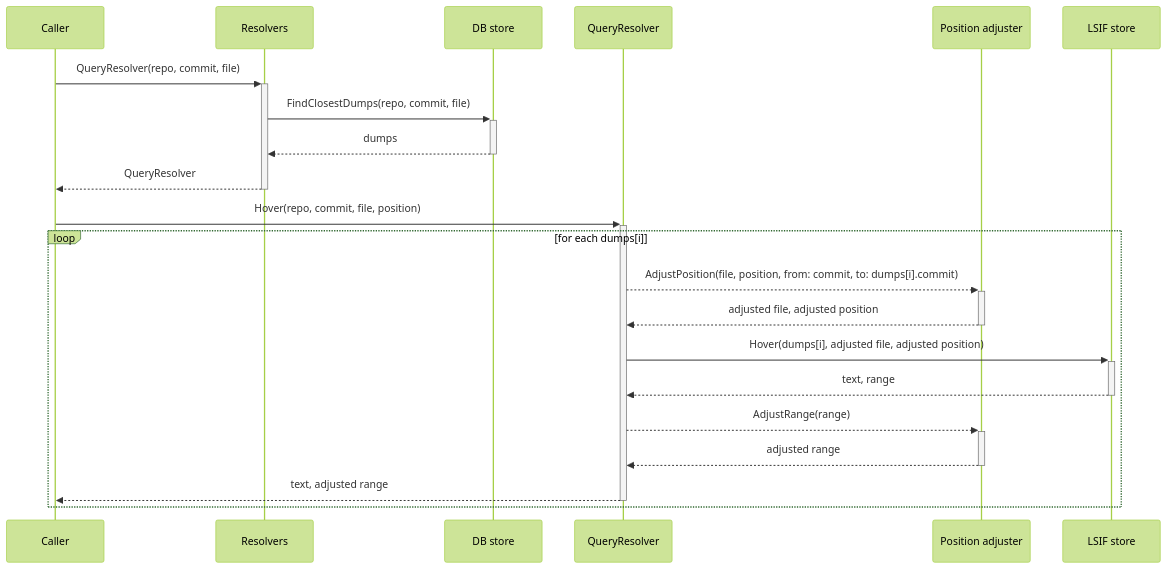
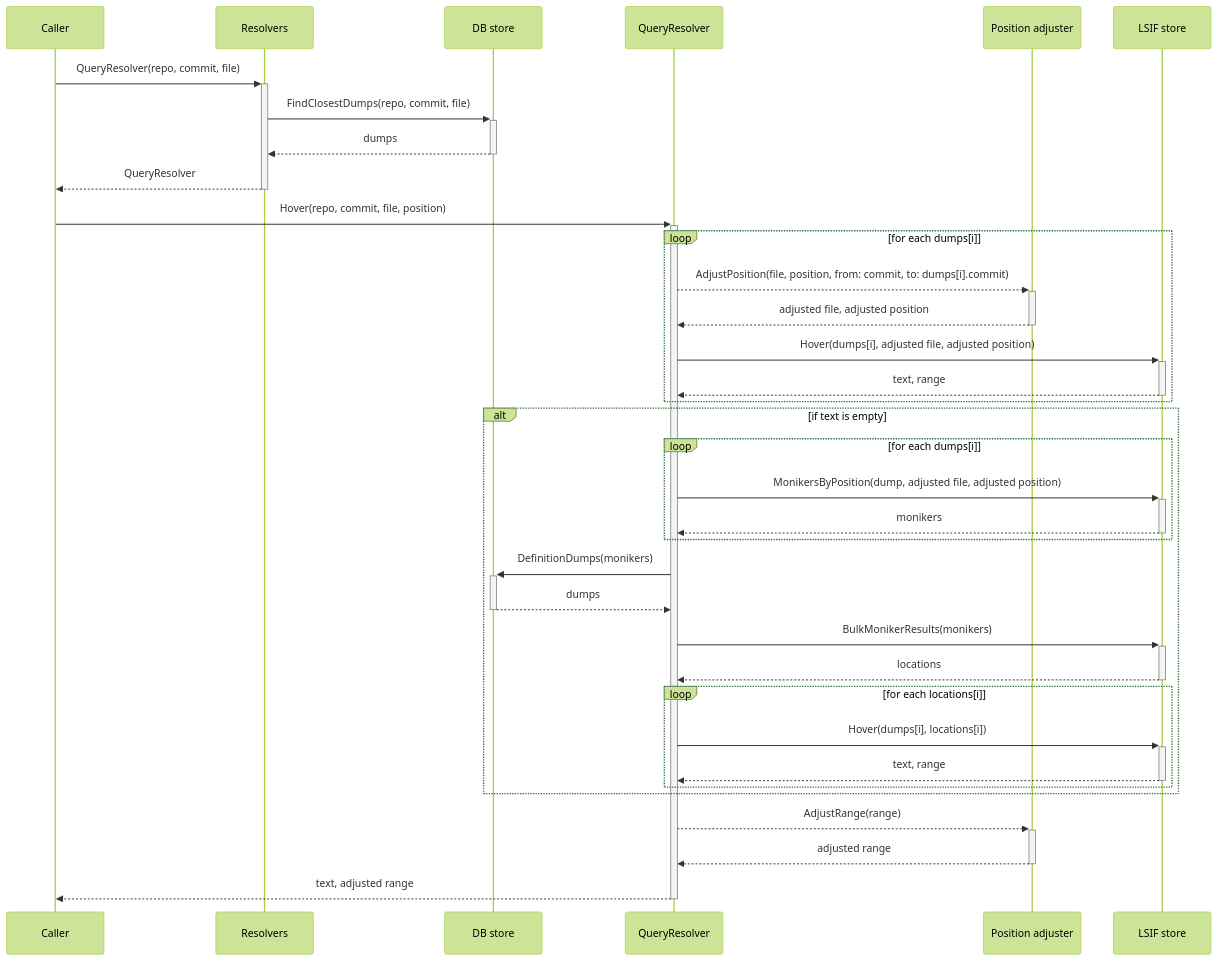
Before and after one commit to sourcegraph/sourcegraph-public-snapshot: the diagram in doc/dev/background-information/codeintel/diagrams/hover.mermaid, drawn with Mermaid (forest theme). The commit also changed 6 other files, not shown here.

Commit message:
Update diagrams.

```diff
--- a/doc/dev/background-information/codeintel/diagrams/hover.mermaid
+++ b/doc/dev/background-information/codeintel/diagrams/hover.mermaid
@@ -1,17 +1,35 @@
 sequenceDiagram
   Caller          ->>+ Resolvers: QueryResolver(repo, commit, file)
   Resolvers       ->>+ DB store: FindClosestDumps(repo, commit, file)
   DB store       -->>- Resolvers: dumps
   Resolvers      -->>- Caller: QueryResolver
   Caller          ->>+ QueryResolver: Hover(repo, commit, file, position)
 
   loop for each dumps[i]
     QueryResolver     -->>+ Position adjuster: AdjustPosition(file, position, from: commit, to: dumps[i].commit)
     Position adjuster -->>- QueryResolver: adjusted file, adjusted position
     QueryResolver      ->>+ LSIF store: Hover(dumps[i], adjusted file, adjusted position)
     LSIF store        -->>- QueryResolver: text, range
+  end
 
-    QueryResolver     -->>+ Position adjuster: AdjustRange(range)
-    Position adjuster -->>- QueryResolver: adjusted range
-    QueryResolver     -->>- Caller: text, adjusted range
+  alt if text is empty
+    loop for each dumps[i]
+      QueryResolver    ->>+ LSIF store: MonikersByPosition(dump, adjusted file, adjusted position)
+      LSIF store      -->>- QueryResolver: monikers
+    end
+
+    QueryResolver    ->>+ DB store: DefinitionDumps(monikers)
+    DB store        -->>- QueryResolver: dumps
+
+    QueryResolver    ->>+ LSIF store: BulkMonikerResults(monikers)
+    LSIF store      -->>- QueryResolver: locations
+
+    loop for each locations[i]
+      QueryResolver      ->>+ LSIF store: Hover(dumps[i], locations[i])
+      LSIF store        -->>- QueryResolver: text, range
+    end
   end
+
+  QueryResolver     -->>+ Position adjuster: AdjustRange(range)
+  Position adjuster -->>- QueryResolver: adjusted range
+  QueryResolver     -->>- Caller: text, adjusted range
```
